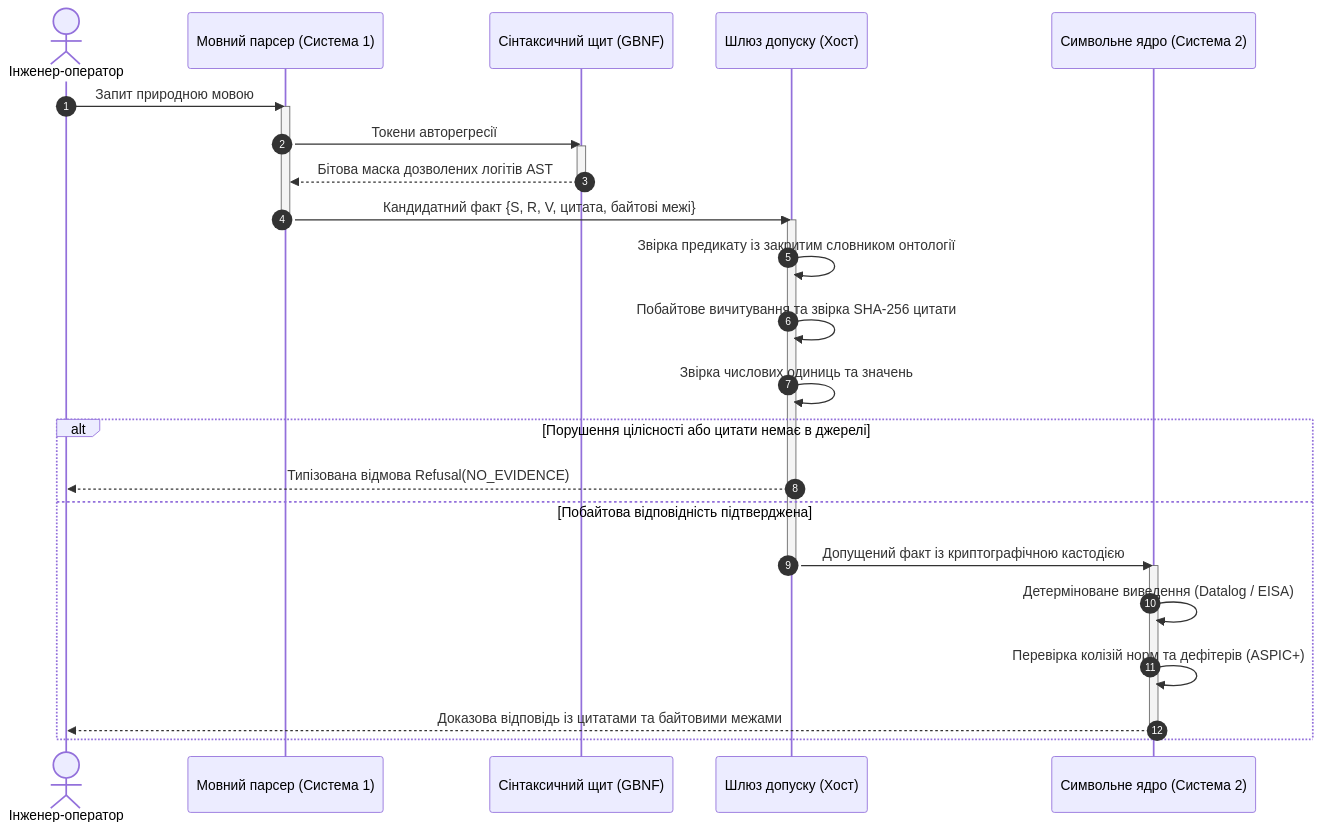
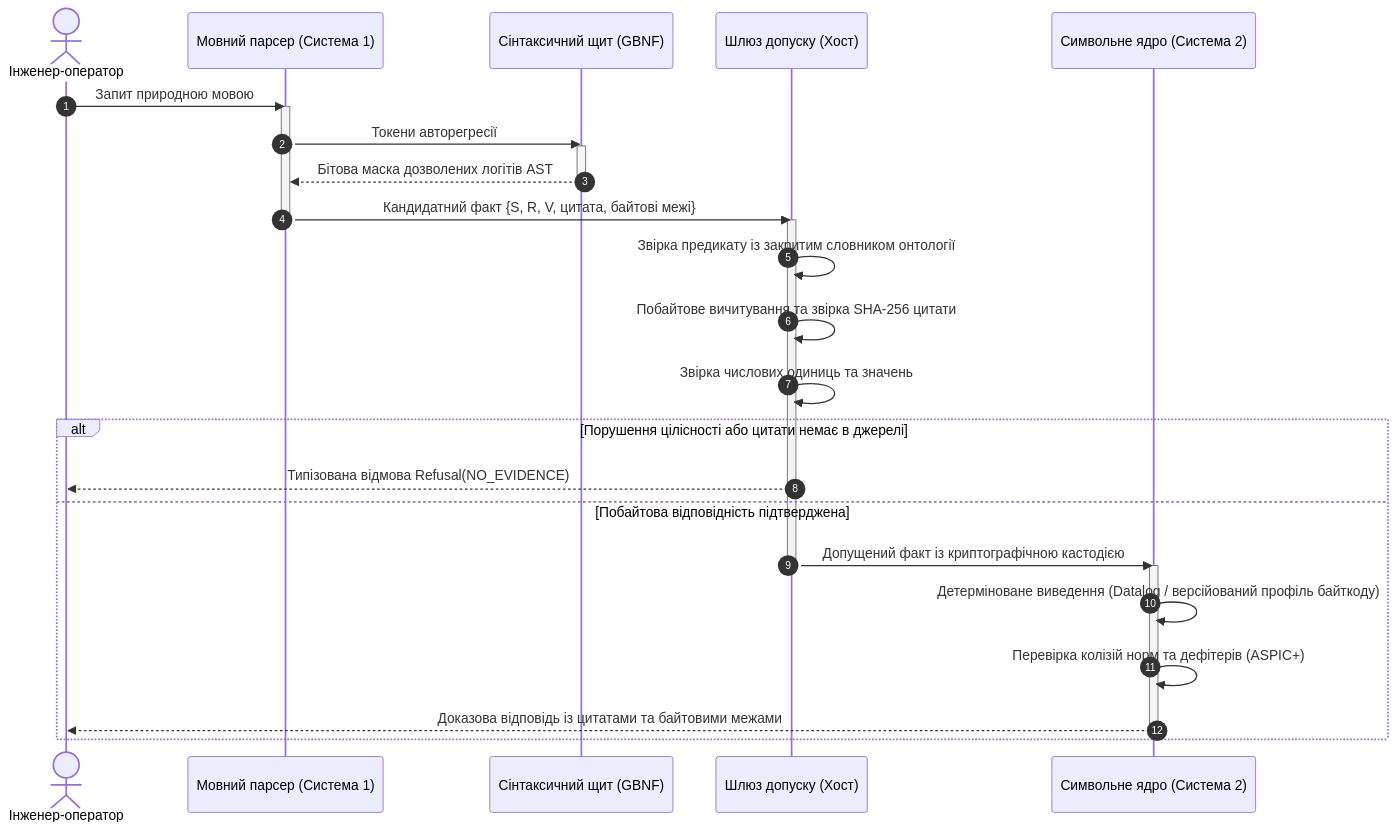
The third of 5 diagrams in ExpertSystem/ch29-neuro-symbolic-architecture.md (nick-fedchik/articles), drawn with Mermaid before and after one commit. The commit also changed other lines of this file and 193 other files, not shown here.

````diff
--- a/ExpertSystem/ch29-neuro-symbolic-architecture.md
+++ b/ExpertSystem/ch29-neuro-symbolic-architecture.md
@@ -247,35 +247,35 @@
 ```mermaid
 sequenceDiagram
     autonumber
     actor User as Інженер-оператор
     participant SLM as Мовний парсер (Система 1)
     participant Grammar as Сінтаксичний щит (GBNF)
     participant Gate as Шлюз допуску (Хост)
     participant Core as Символьне ядро (Система 2)
 
     User->>SLM: Запит природною мовою
     activate SLM
     SLM->>Grammar: Токени авторегресії
     activate Grammar
     Grammar-->>SLM: Бітова маска дозволених логітів AST
     deactivate Grammar
     SLM->>Gate: Кандидатний факт {S, R, V, цитата, байтові межі}
     deactivate SLM
 
     activate Gate
     Gate->>Gate: Звірка предикату із закритим словником онтології
     Gate->>Gate: Побайтове вичитування та звірка SHA-256 цитати
     Gate->>Gate: Звірка числових одиниць та значень
 
     alt Порушення цілісності або цитати немає в джерелі
         Gate-->>User: Типізована відмова Refusal(NO_EVIDENCE)
     else Побайтова відповідність підтверджена
         Gate->>Core: Допущений факт із криптографічною кастодією
         deactivate Gate
         activate Core
-        Core->>Core: Детерміноване виведення (Datalog / EISA)
+		Core->>Core: Детерміноване виведення (Datalog / версійований профіль байткоду)
         Core->>Core: Перевірка колізій норм та дефітерів (ASPIC+)
         Core-->>User: Доказова відповідь із цитатами та байтовими межами
         deactivate Core
     end
 ```
````
